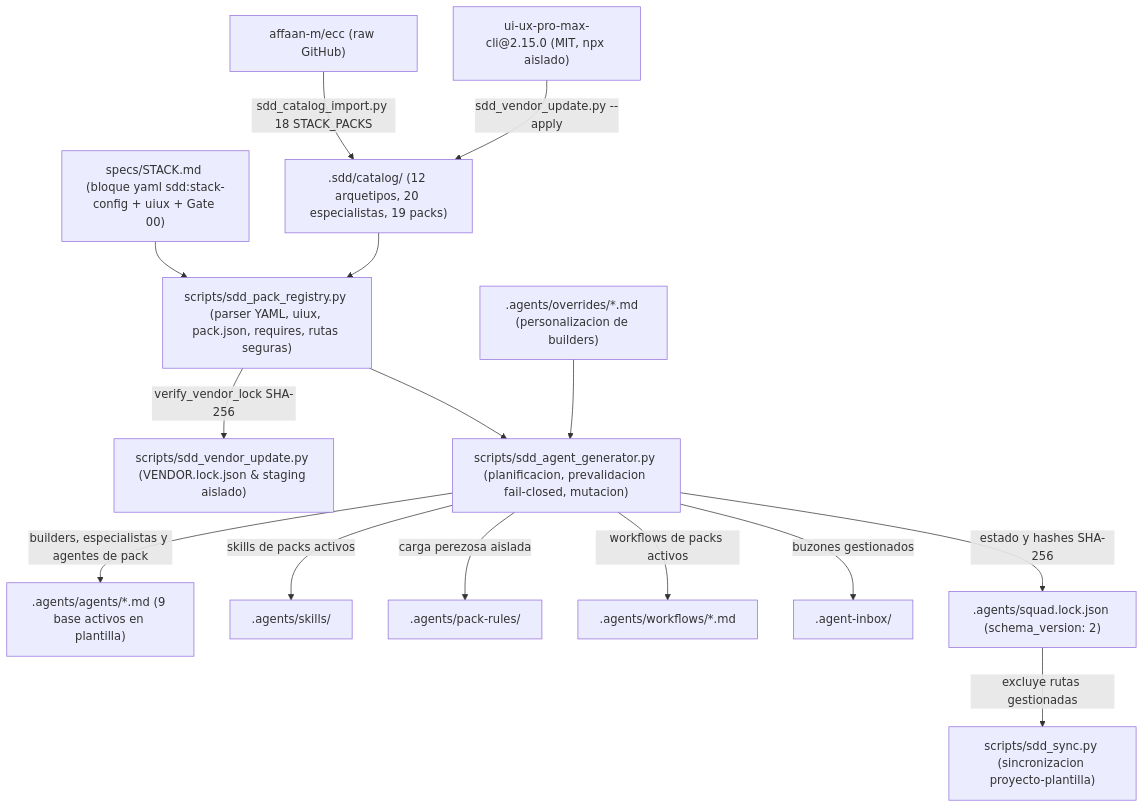
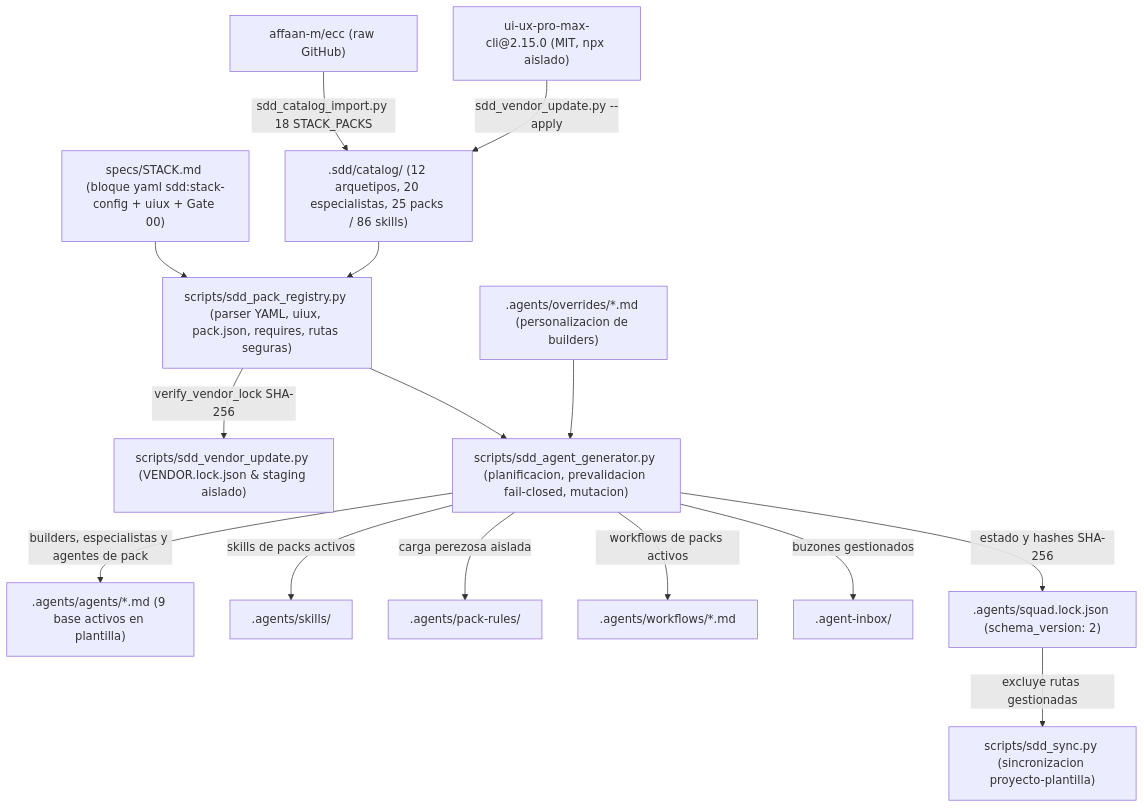
Before and after one commit to serchodm/sdd-agentic-starter: the first of 4 diagrams in docs/knowledge/SYSTEM_TOPOLOGY.md, drawn with Mermaid. The commit also changed other lines of this file and 9 other files, not shown here.

````diff
--- a/docs/knowledge/SYSTEM_TOPOLOGY.md
+++ b/docs/knowledge/SYSTEM_TOPOLOGY.md
@@ -5,19 +5,19 @@
 ```mermaid
 flowchart TD
     STACK["specs/STACK.md (bloque yaml sdd:stack-config + uiux + Gate 00)"] --> REG["scripts/sdd_pack_registry.py (parser YAML, uiux, pack.json, requires, rutas seguras)"]
-    CAT[".sdd/catalog/ (12 arquetipos, 20 especialistas, 19 packs)"] --> REG
+    CAT[".sdd/catalog/ (12 arquetipos, 20 especialistas, 25 packs / 86 skills)"] --> REG
     REG -->|verify_vendor_lock SHA-256| VENDOR["scripts/sdd_vendor_update.py (VENDOR.lock.json & staging aislado)"]
     OVR[".agents/overrides/*.md (personalizacion de builders)"] --> GEN["scripts/sdd_agent_generator.py (planificacion, prevalidacion fail-closed, mutacion)"]
     REG --> GEN
 
     GEN -->|builders, especialistas y agentes de pack| AGENTS[".agents/agents/*.md (9 base activos en plantilla)"]
     GEN -->|skills de packs activos| SKILLS[".agents/skills/"]
     GEN -->|carga perezosa aislada| PACKRULES[".agents/pack-rules/"]
     GEN -->|workflows de packs activos| WF[".agents/workflows/*.md"]
     GEN -->|buzones gestionados| INBOX[".agent-inbox/"]
     GEN -->|estado y hashes SHA-256| LOCK[".agents/squad.lock.json (schema_version: 2)"]
 
     UPSTREAM["affaan-m/ecc (raw GitHub)"] -->|sdd_catalog_import.py 18 STACK_PACKS| CAT
     UIUP["ui-ux-pro-max-cli@2.15.0 (MIT, npx aislado)"] -->|sdd_vendor_update.py --apply| CAT
     LOCK -->|excluye rutas gestionadas| SYNC["scripts/sdd_sync.py (sincronizacion proyecto-plantilla)"]
 ```
````
